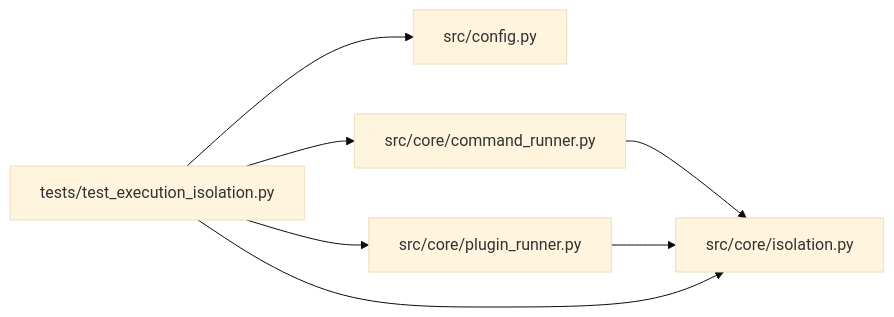
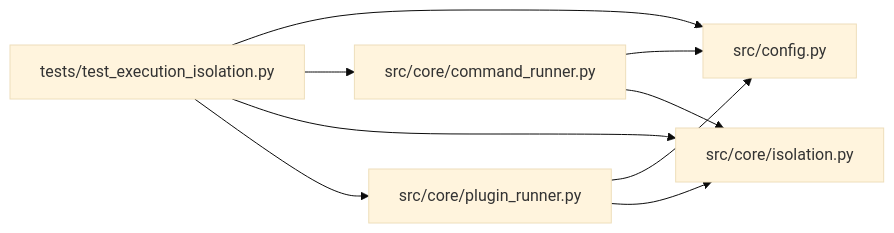
One commit to Denissvgn/autoresearch-agent changed the diagram in docs/llm_wiki/modules/test_execution_isolation.md. Above: the diagram before and after it, drawn with Mermaid (base theme). The commit also changed 1033 other files, not shown here.

````diff
--- a/docs/llm_wiki/modules/test_execution_isolation.md
+++ b/docs/llm_wiki/modules/test_execution_isolation.md
@@ -36,19 +36,21 @@
 ```mermaid
 flowchart LR
     n0["src/config.py"]
     n1["src/core/command_runner.py"]
     n2["src/core/isolation.py"]
     n3["src/core/plugin_runner.py"]
     n4["tests/test_execution_isolation.py"]
+    n1 --> n0
     n1 --> n2
+    n3 --> n0
     n3 --> n2
     n4 --> n0
     n4 --> n1
     n4 --> n2
     n4 --> n3
     click n0 "../modules/config.md"
     click n1 "../modules/command_runner.md"
     click n2 "../modules/isolation.md"
     click n3 "../modules/plugin_runner.md"
     click n4 "../modules/test_execution_isolation.md"
 ```
````
